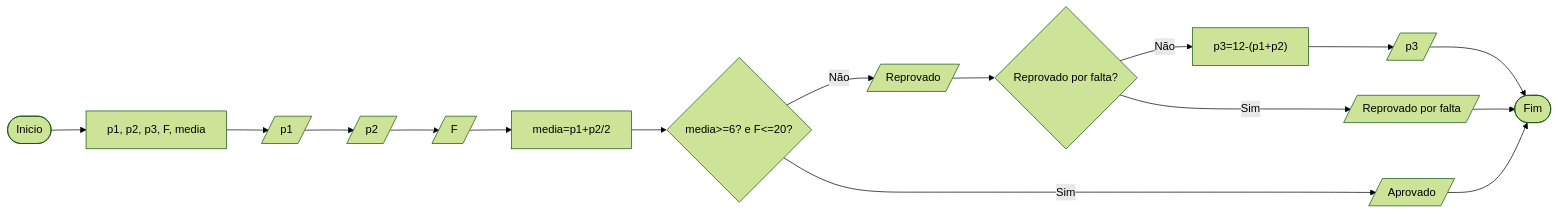
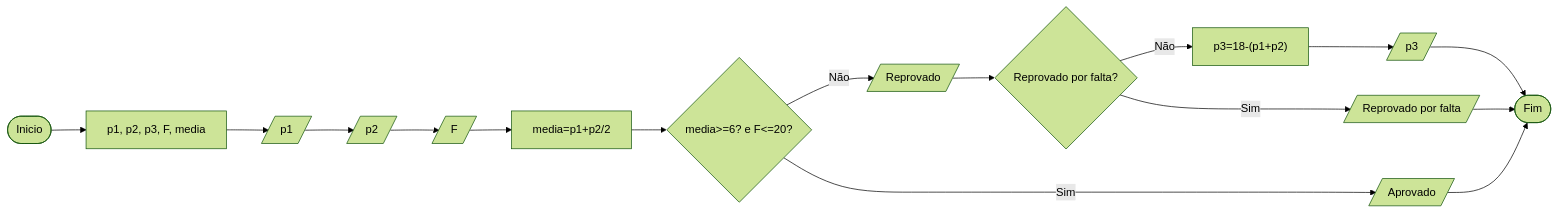
One commit to mari-roc/algorithms-logic changed the diagram in algo04/q3flow.md. Above: the diagram before and after it, drawn with Mermaid (forest theme). The commit also changed 1 other file, not shown here.

Commit message:
adding flowchart

````diff
--- a/algo04/q3flow.md
+++ b/algo04/q3flow.md
@@ -7,18 +7,18 @@
 ```mermaid
 graph LR
     A([Inicio]) --> B[p1, p2, p3, F, media]
     B --> C[/p1/]
     C --> D[/p2/]
     D --> E[/F/]
     E --> F["media=p1+p2/2"]
     F --> G{"media>=6? e F<=20?"}
     G -- Sim --> I[/Aprovado/]
     G -- Não --> H[/Reprovado/]
     H --> J{"Reprovado por falta?"}
-    J -- Não --> K["p3=12-(p1+p2)"]
+    J -- Não --> K["p3=18-(p1+p2)"]
     J -- Sim --> L[/Reprovado por falta/]
     K --> M[/p3/]
     M --> N([Fim])
     L --> N([Fim])
     I --> N([Fim])
 ```
````
